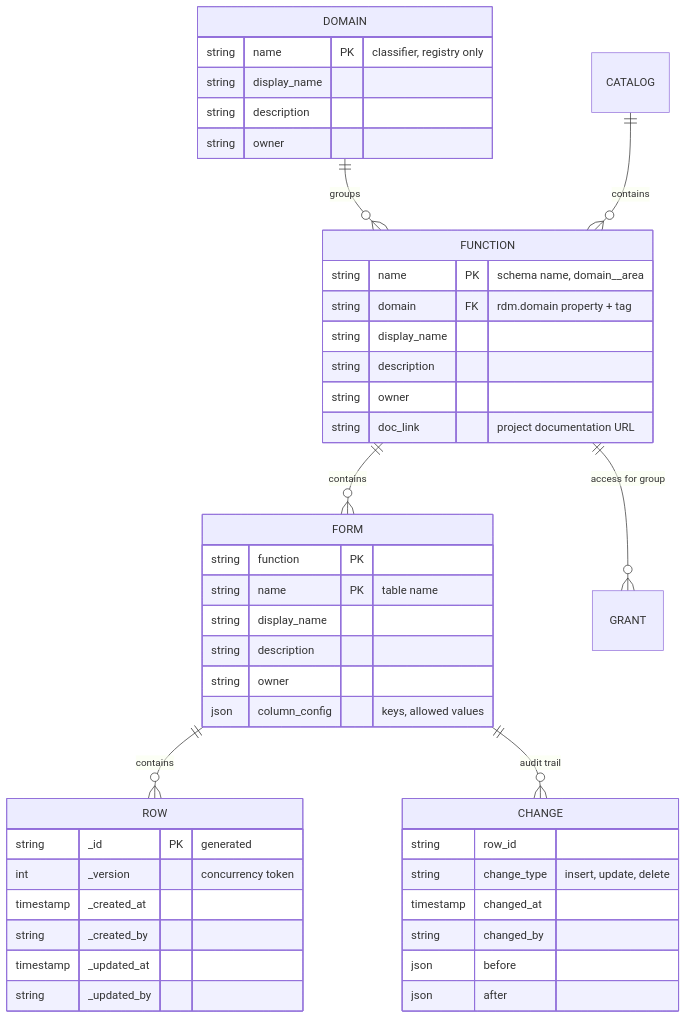
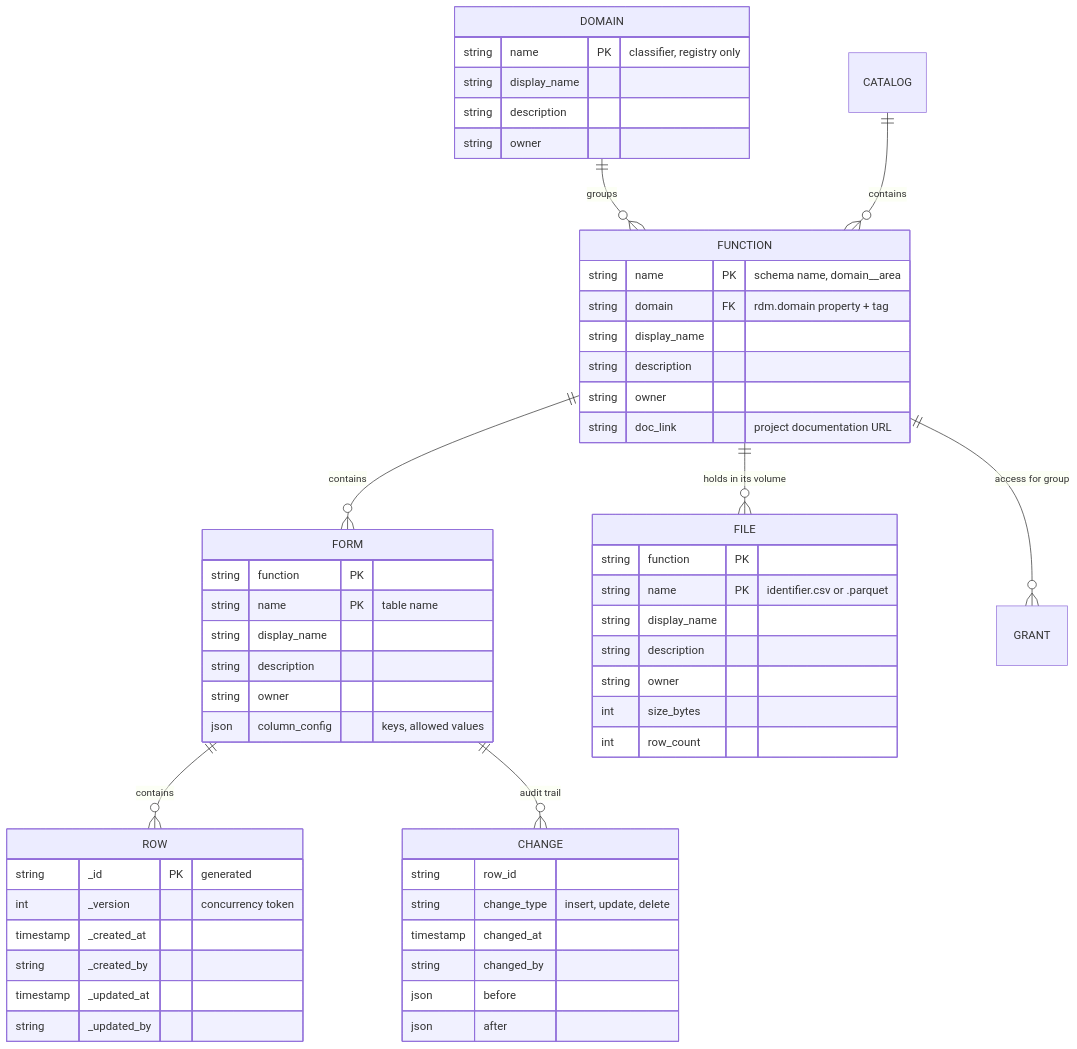
One commit to roanboc/dbx-reference-data-manager changed the fifth of 6 diagrams in docs/FUNCTIONAL_DESIGN.md. Above: the diagram before and after it, drawn with Mermaid. The commit also changed other lines of this file and 38 other files, not shown here.

````diff
--- a/docs/FUNCTIONAL_DESIGN.md
+++ b/docs/FUNCTIONAL_DESIGN.md
@@ -270,47 +296,57 @@
 ```mermaid
 erDiagram
     DOMAIN ||--o{ FUNCTION : groups
     CATALOG ||--o{ FUNCTION : contains
     FUNCTION ||--o{ FORM : contains
+    FUNCTION ||--o{ FILE : "holds in its volume"
     FORM ||--o{ ROW : contains
     FUNCTION ||--o{ GRANT : "access for group"
     FORM ||--o{ CHANGE : "audit trail"
     DOMAIN {
         string name PK "classifier, registry only"
         string display_name
         string description
         string owner
     }
     FUNCTION {
         string name PK "schema name, domain__area"
         string domain FK "rdm.domain property + tag"
         string display_name
         string description
         string owner
         string doc_link "project documentation URL"
     }
     FORM {
         string function PK
         string name PK "table name"
         string display_name
         string description
         string owner
         json column_config "keys, allowed values"
     }
+    FILE {
+        string function PK
+        string name PK "identifier.csv or .parquet"
+        string display_name
+        string description
+        string owner
+        int size_bytes
+        int row_count
+    }
     ROW {
         string _id PK "generated"
         int _version "concurrency token"
         timestamp _created_at
         string _created_by
         timestamp _updated_at
         string _updated_by
     }
     CHANGE {
         string row_id
         string change_type "insert, update, delete"
         timestamp changed_at
         string changed_by
         json before
         json after
     }
 ```
````
